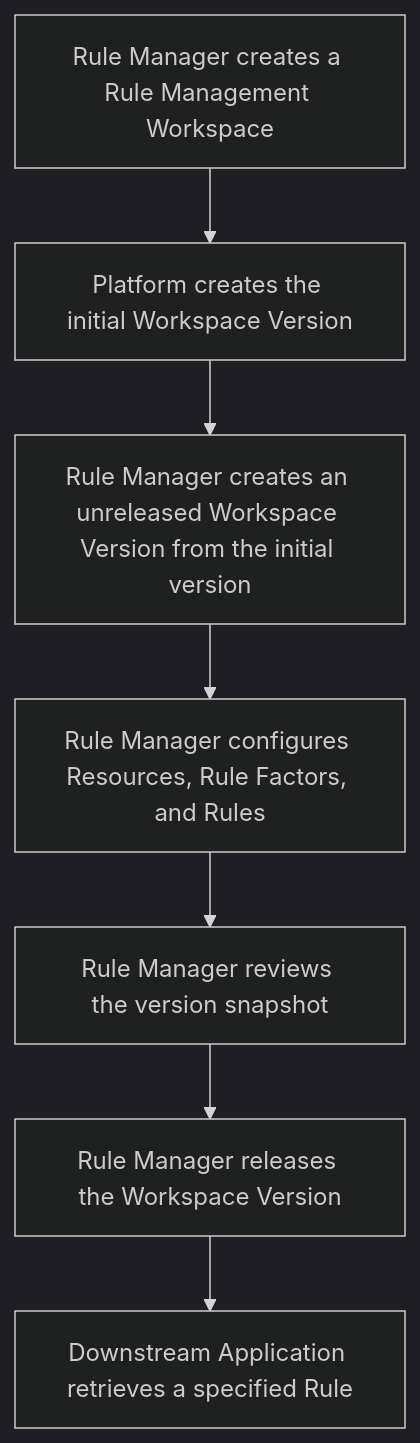
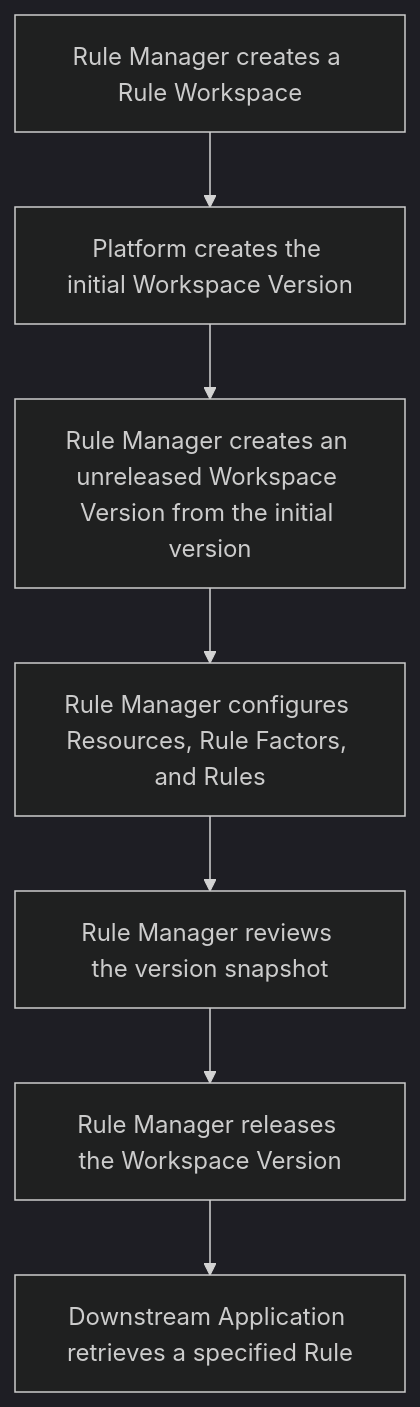
Before and after one commit to huang-xiao-jian/themis: the fourth of 5 diagrams in specs/copernicus/requirement.md, drawn with Mermaid (dark theme). The commit also changed other lines of this file and 1 other file, not shown here.

Commit message:
docs: refine rule governance model

````diff
--- a/specs/copernicus/requirement.md
+++ b/specs/copernicus/requirement.md
@@ -292,17 +348,17 @@
 ```mermaid
 flowchart TD
-    createWorkspace[Rule Manager creates a Rule Management Workspace]
+    createWorkspace[Rule Manager creates a Rule Workspace]
     createInitial[Platform creates the initial Workspace Version]
     createFirstDraft[Rule Manager creates an unreleased Workspace Version from the initial version]
     configureFirstDraft[Rule Manager configures Resources, Rule Factors, and Rules]
     reviewFirstDraft[Rule Manager reviews the version snapshot]
     releaseFirstDraft[Rule Manager releases the Workspace Version]
     retrieveRule[Downstream Application retrieves a specified Rule]
 
     createWorkspace --> createInitial
     createInitial --> createFirstDraft
     createFirstDraft --> configureFirstDraft
     configureFirstDraft --> reviewFirstDraft
     reviewFirstDraft --> releaseFirstDraft
     releaseFirstDraft --> retrieveRule
 ```
````
